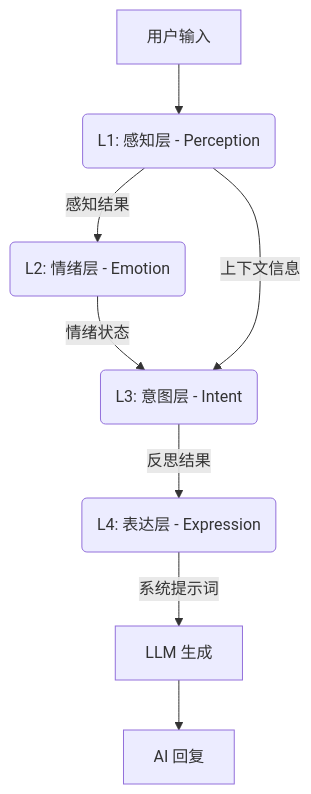
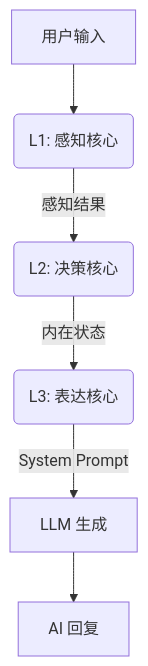
The diagram in README.md (ApolloEddy/AI_Companion), drawn with Mermaid before and after one commit. The commit also changed other lines of this file and 9 other files, not shown here.

````diff
--- a/README.md
+++ b/README.md
@@ -21,10 +17,8 @@
 ```mermaid
 graph TD
-    UserInput[用户输入] --> L1(L1: 感知层 - Perception)
-    L1 -->|感知结果| L2(L2: 情绪层 - Emotion)
-    L2 -->|情绪状态| L3(L3: 意图层 - Intent)
-    L1 -->|上下文信息| L3
-    L3 -->|反思结果| L4(L4: 表达层 - Expression)
-    L4 -->|系统提示词| LLM[LLM 生成]
+    UserInput[用户输入] --> L1(L1: 感知核心)
+    L1 -->|感知结果| L2(L2: 决策核心)
+    L2 -->|内在状态| L3(L3: 表达核心)
+    L3 -->|System Prompt| LLM[LLM 生成]
     LLM --> Output[AI 回复]
 ```
````
